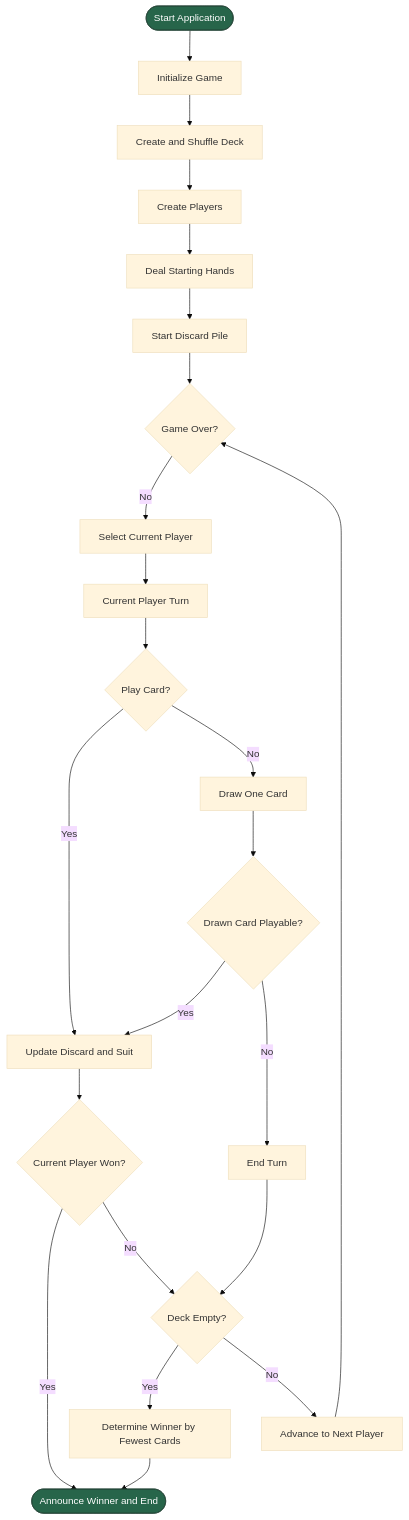
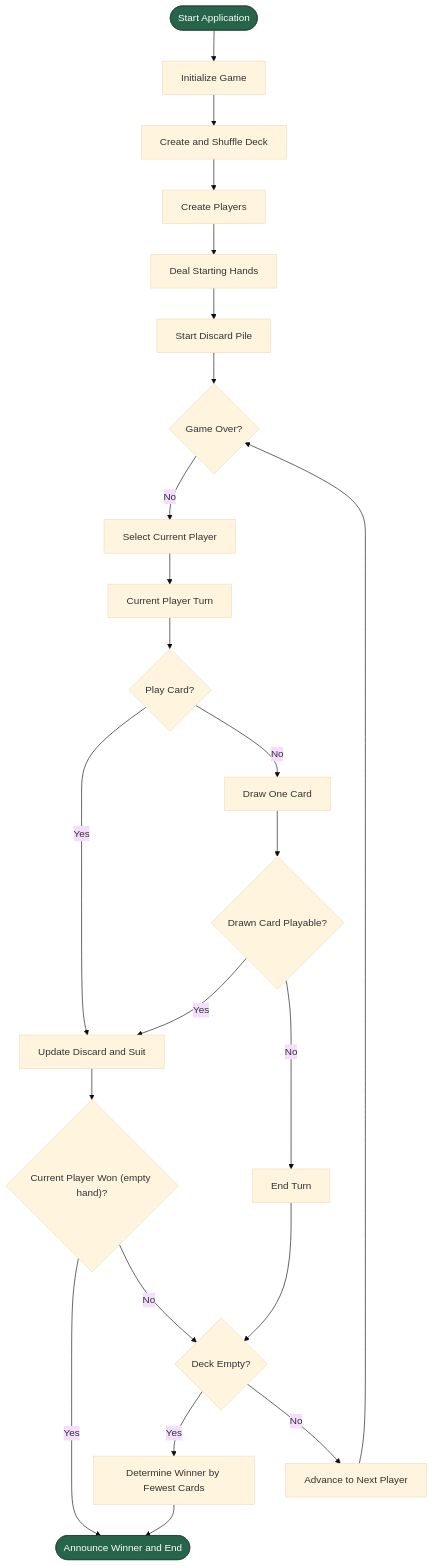
One commit to jeff-adkisson/swe-4743-spring-2026-oo-design changed the diagram in assignments/assignment-1.md. Above: the diagram before and after it, drawn with Mermaid (base theme). The commit also changed other lines of this file, not shown here.

````diff
--- a/assignments/assignment-1.md
+++ b/assignments/assignment-1.md
@@ -374,29 +374,29 @@
 ```mermaid
 flowchart TB
     A(["Start Application"]) --> B["Initialize Game"]
     B --> C["Create and Shuffle Deck"]
     C --> D["Create Players"]
     D --> E["Deal Starting Hands"]
     E --> F["Start Discard Pile"]
     F --> G{"Game Over?"}
     G -- No --> H["Select Current Player"]
     H --> I["Current Player Turn"]
     I --> J{"Play Card?"}
     J -- Yes --> K["Update Discard and Suit"]
     J -- No --> L["Draw One Card"]
     L --> M{"Drawn Card Playable?"}
     M -- Yes --> K
     M -- No --> N["End Turn"]
-    K --> O{"Current Player Won?"}
+    K --> O{"Current Player Won (empty hand)?"}
     O -- Yes --> Z(["Announce Winner and End"])
     O -- No --> P{"Deck Empty?"}
     N --> P
     P -- Yes --> Q["Determine Winner by Fewest Cards"]
     P -- No --> R["Advance to Next Player"]
     R --> G
     Q --> Z
 
      A:::Pine
      Z:::Pine
     classDef Pine stroke-width:1px, stroke-dasharray:none, stroke:#254336, fill:#27654A, color:#FFFFFF
 ```
````
